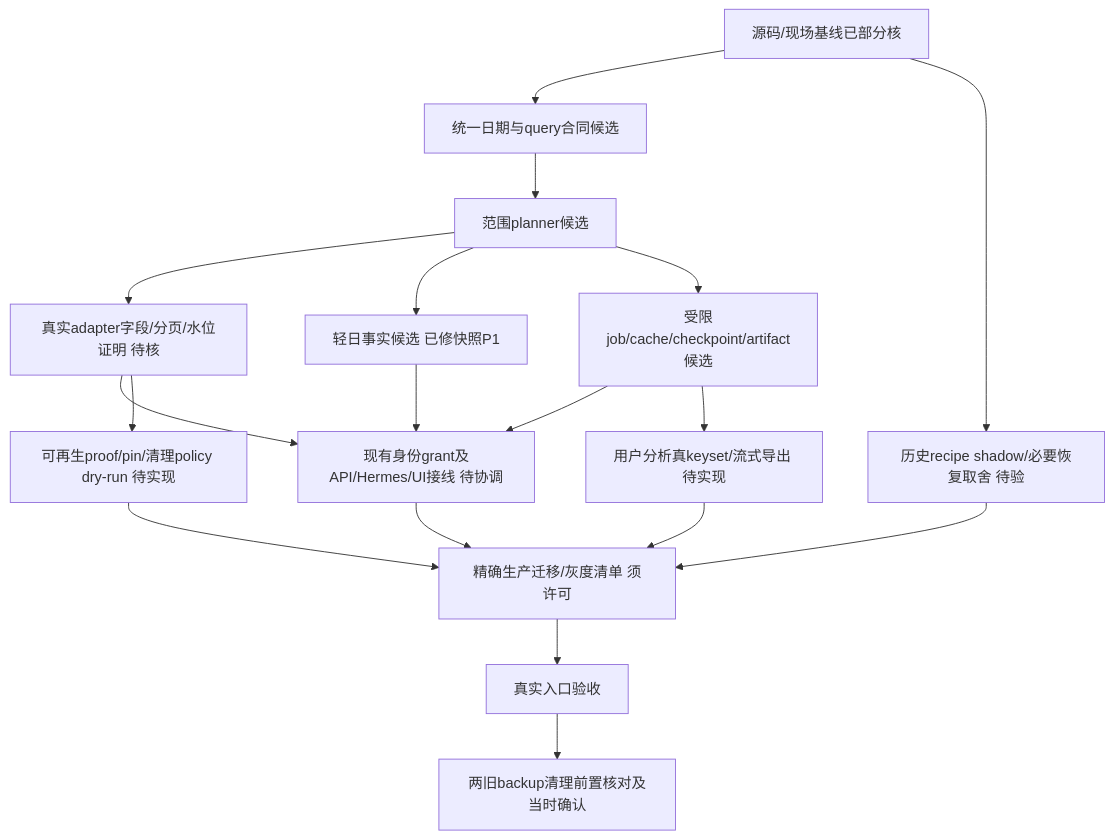
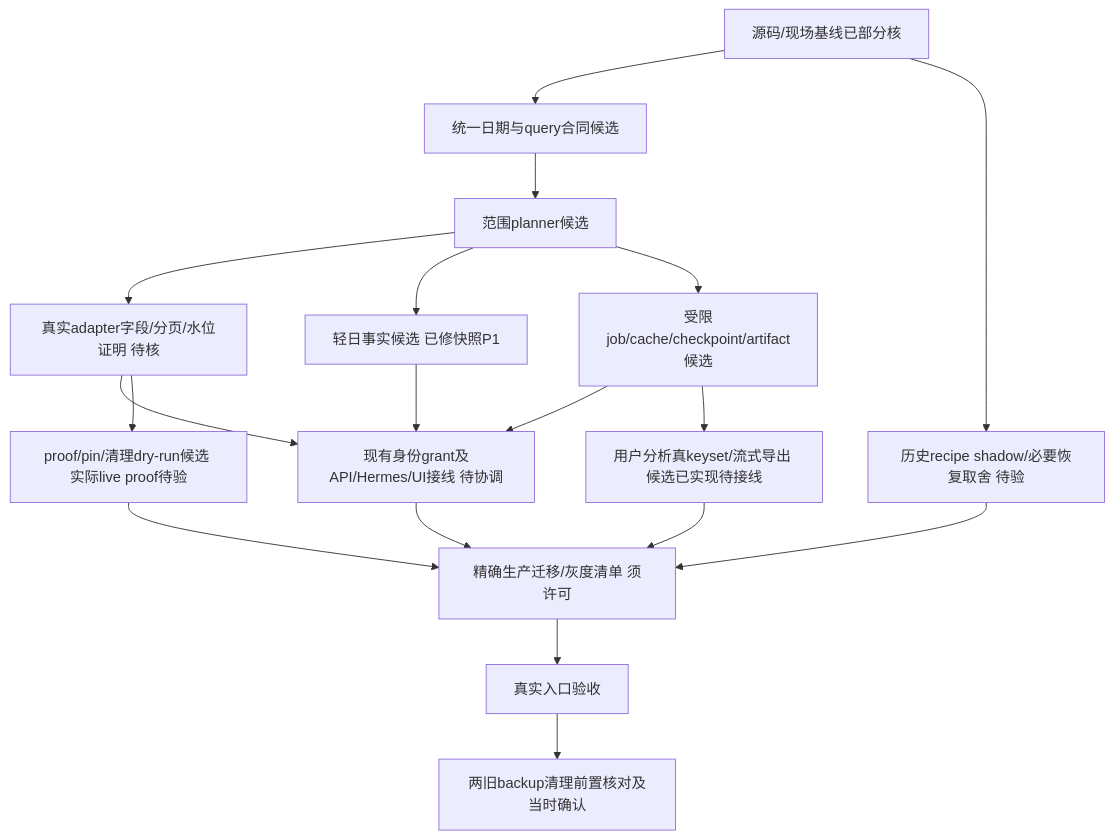
The diagram in releases/fs-dashboard/tiered-data-access-20261101/REMAINING-DEPENDENCIES.md (wulv006-dot/FS-Workbench), drawn with Mermaid before and after one commit. The commit also changed other lines of this file and 12 other files, not shown here.

````diff
--- a/releases/fs-dashboard/tiered-data-access-20261101/REMAINING-DEPENDENCIES.md
+++ b/releases/fs-dashboard/tiered-data-access-20261101/REMAINING-DEPENDENCIES.md
@@ -3,20 +3,20 @@
 ```mermaid
 flowchart TD
  A[源码/现场基线已部分核] --> B[统一日期与query合同候选]
  B --> C[范围planner候选]
  C --> D[真实adapter字段/分页/水位证明 待核]
  C --> E[轻日事实候选 已修快照P1]
  C --> F[受限job/cache/checkpoint/artifact候选]
  D --> G[现有身份grant及API/Hermes/UI接线 待协调]
  E --> G
  F --> G
- F --> H[用户分析真keyset/流式导出 待实现]
+ F --> H[用户分析真keyset/流式导出 候选已实现待接线]
  A --> I[历史recipe shadow/必要恢复取舍 待验]
- D --> J[可再生proof/pin/清理policy dry-run 待实现]
+ D --> J[proof/pin/清理dry-run候选 实际live proof待验]
  I --> K[精确生产迁移/灰度清单 须许可]
  G --> K
  H --> K
  J --> K
  K --> L[真实入口验收]
  L --> M[两旧backup清理前置核对及当时确认]
 ```
````
